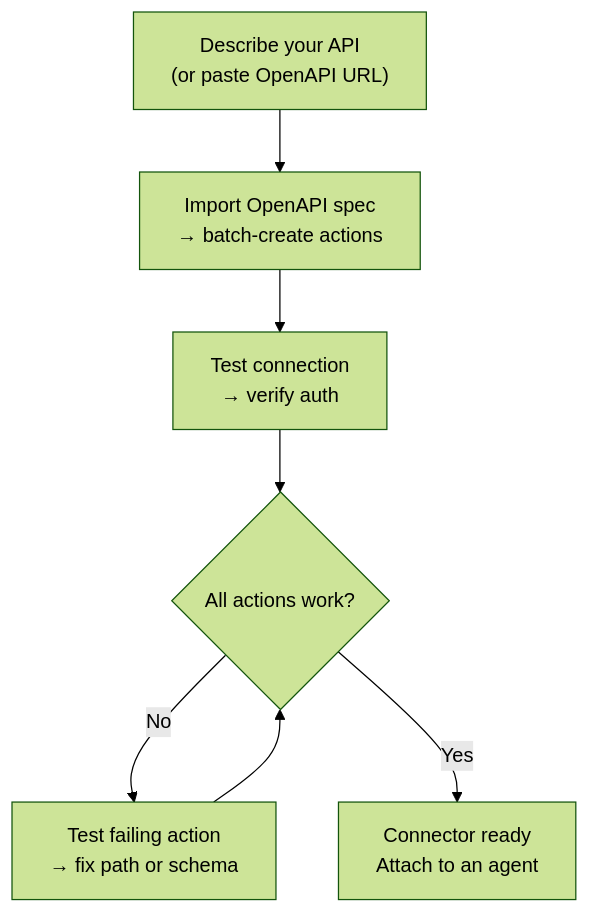
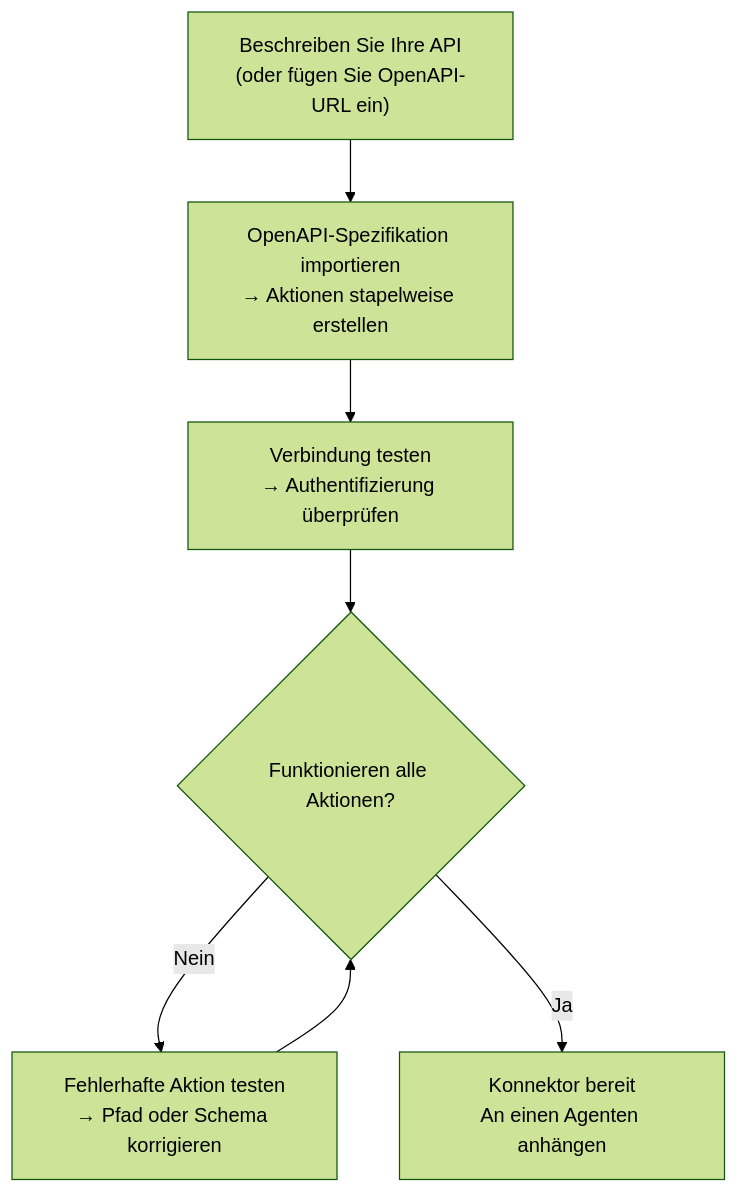
Before and after one commit to lucky20160622/fim-one: the first of 2 diagrams in docs/de/concepts/ai-builder.mdx, drawn with Mermaid (forest theme). The commit also changed other lines of this file and 141 other files, not shown here.

````diff
--- a/docs/de/concepts/ai-builder.mdx
+++ b/docs/de/concepts/ai-builder.mdx
@@ -33,10 +41,10 @@
 ```mermaid
 flowchart TD
-  A["Describe your API<br/>(or paste OpenAPI URL)"]
-  A --> B["Import OpenAPI spec<br/>→ batch-create actions"]
-  B --> C["Test connection<br/>→ verify auth"]
-  C --> D{"All actions work?"}
-  D -- No --> E["Test failing action<br/>→ fix path or schema"]
+  A["Beschreiben Sie Ihre API<br/>(oder fügen Sie OpenAPI-URL ein)"]
+  A --> B["OpenAPI-Spezifikation importieren<br/>→ Aktionen stapelweise erstellen"]
+  B --> C["Verbindung testen<br/>→ Authentifizierung überprüfen"]
+  C --> D{"Funktionieren alle Aktionen?"}
+  D -- Nein --> E["Fehlerhafte Aktion testen<br/>→ Pfad oder Schema korrigieren"]
   E --> D
-  D -- Yes --> F["Connector ready<br/>Attach to an agent"]
+  D -- Ja --> F["Konnektor bereit<br/>An einen Agenten anhängen"]
 ```
````
